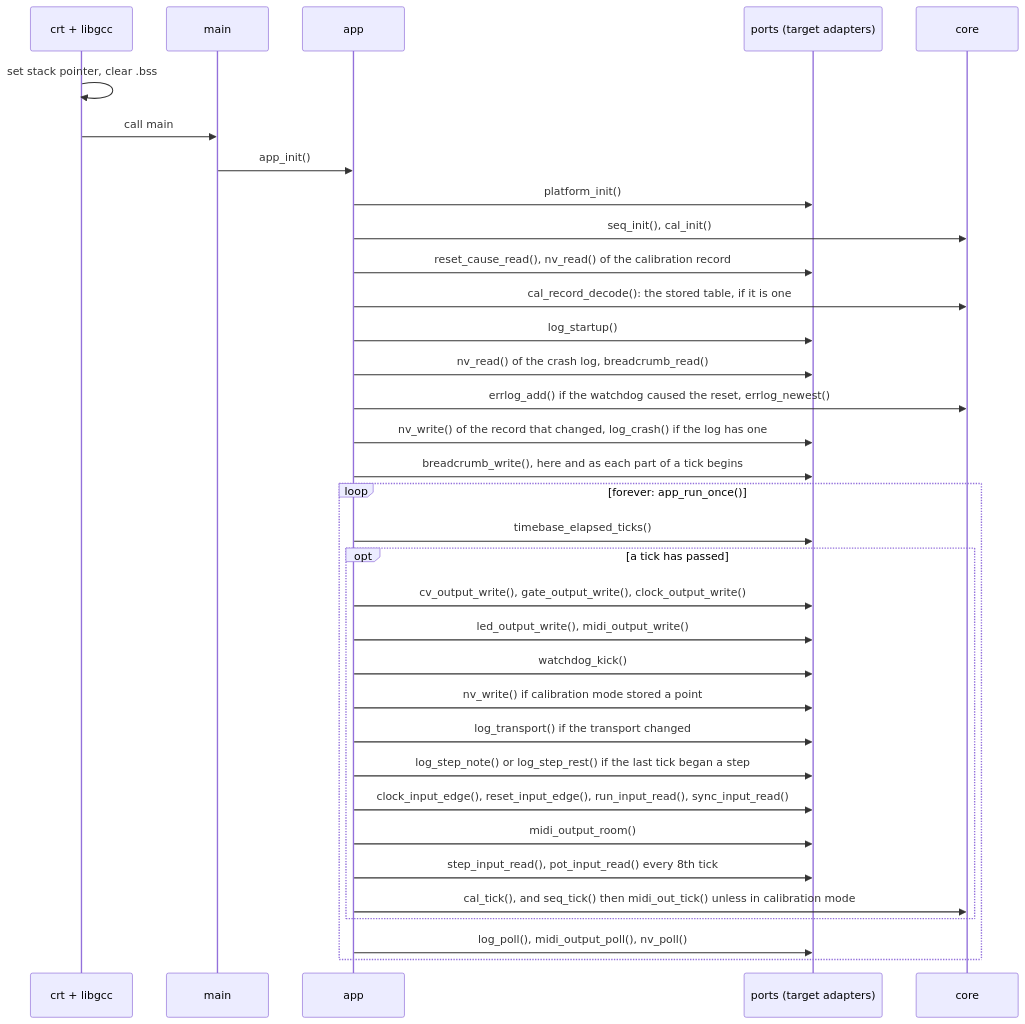
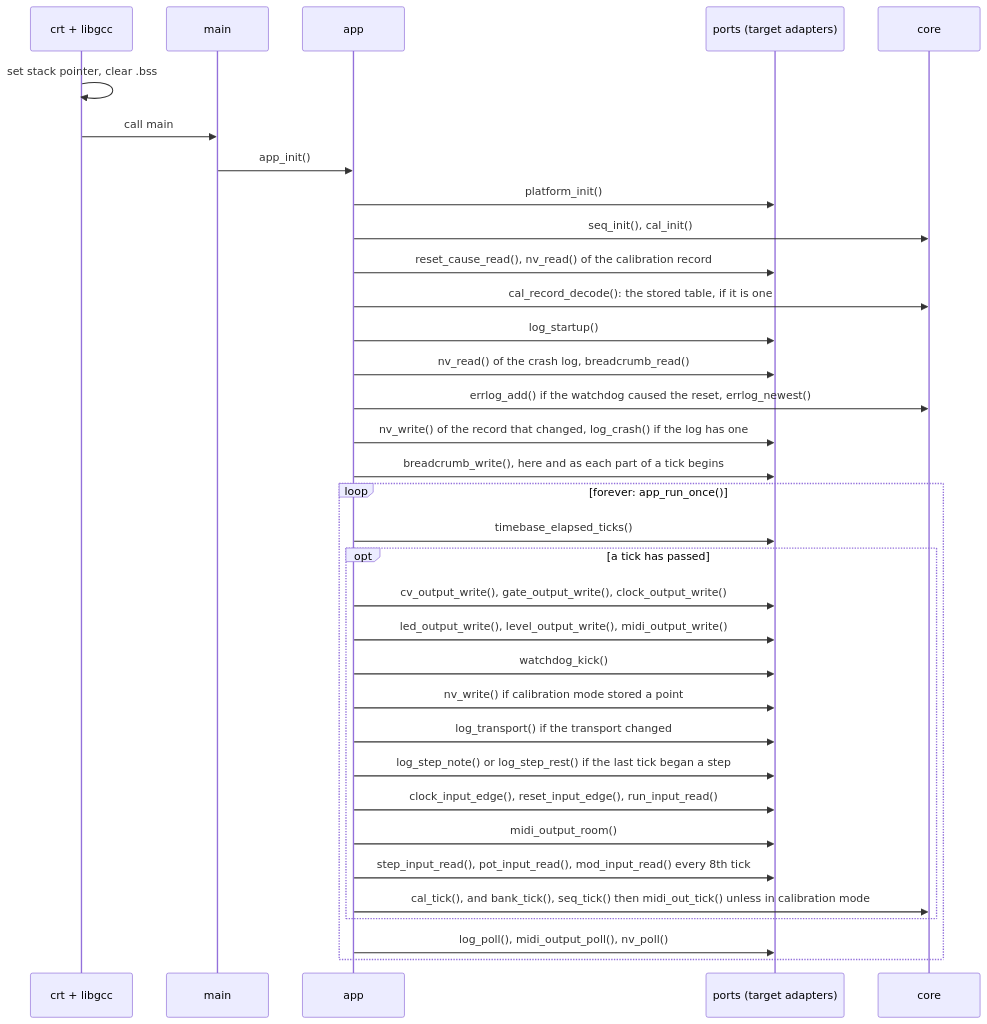
One commit to BonelessPig/nano_sequencer changed the third of 29 diagrams in docs/ARCHITECTURE.md. Above: the diagram before and after it, drawn with Mermaid. The commit also changed other lines of this file and 3 other files, not shown here.

First line of the commit message:
Docs: the clock choosing itself, the amount bank, the level light and the LFO

````diff
--- a/docs/ARCHITECTURE.md
+++ b/docs/ARCHITECTURE.md
@@ -179,36 +191,36 @@
 ```mermaid
 sequenceDiagram
     participant CRT as crt + libgcc
     participant M as main
     participant A as app
     participant P as ports (target adapters)
     participant C as core
     CRT->>CRT: set stack pointer, clear .bss
     CRT->>M: call main
     M->>A: app_init()
     A->>P: platform_init()
     A->>C: seq_init(), cal_init()
     A->>P: reset_cause_read(), nv_read() of the calibration record
     A->>C: cal_record_decode(): the stored table, if it is one
     A->>P: log_startup()
     A->>P: nv_read() of the crash log, breadcrumb_read()
     A->>C: errlog_add() if the watchdog caused the reset, errlog_newest()
     A->>P: nv_write() of the record that changed, log_crash() if the log has one
     A->>P: breadcrumb_write(), here and as each part of a tick begins
     loop forever: app_run_once()
         A->>P: timebase_elapsed_ticks()
         opt a tick has passed
             A->>P: cv_output_write(), gate_output_write(), clock_output_write()
-            A->>P: led_output_write(), midi_output_write()
+            A->>P: led_output_write(), level_output_write(), midi_output_write()
             A->>P: watchdog_kick()
             A->>P: nv_write() if calibration mode stored a point
             A->>P: log_transport() if the transport changed
             A->>P: log_step_note() or log_step_rest() if the last tick began a step
-            A->>P: clock_input_edge(), reset_input_edge(), run_input_read(), sync_input_read()
+            A->>P: clock_input_edge(), reset_input_edge(), run_input_read()
             A->>P: midi_output_room()
-            A->>P: step_input_read(), pot_input_read() every 8th tick
-            A->>C: cal_tick(), and seq_tick() then midi_out_tick() unless in calibration mode
+            A->>P: step_input_read(), pot_input_read(), mod_input_read() every 8th tick
+            A->>C: cal_tick(), and bank_tick(), seq_tick() then midi_out_tick() unless in calibration mode
         end
         A->>P: log_poll(), midi_output_poll(), nv_poll()
     end
 ```
````
